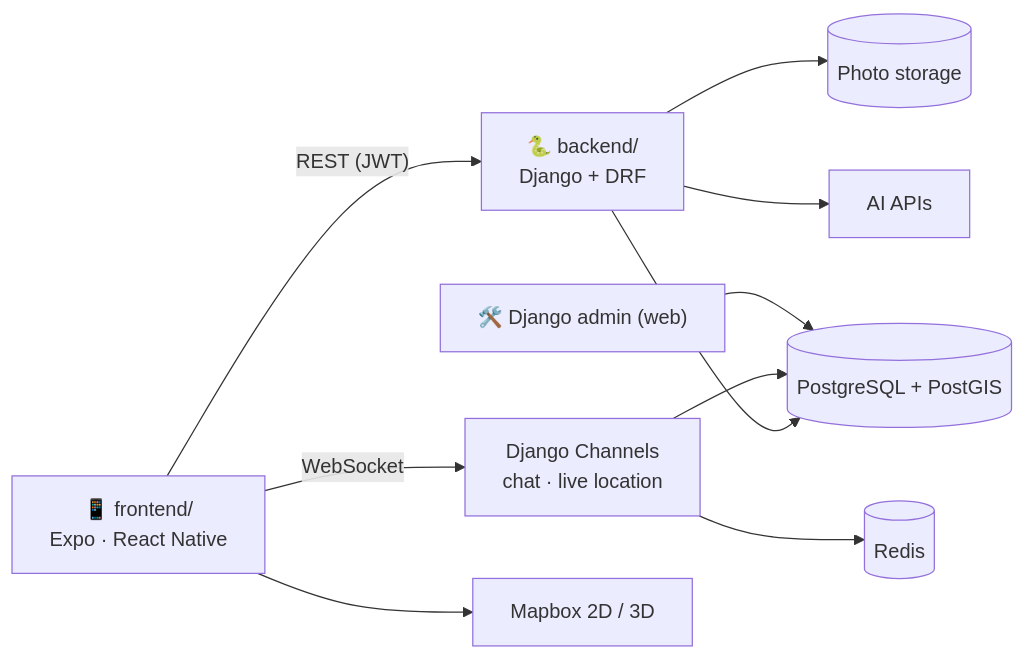
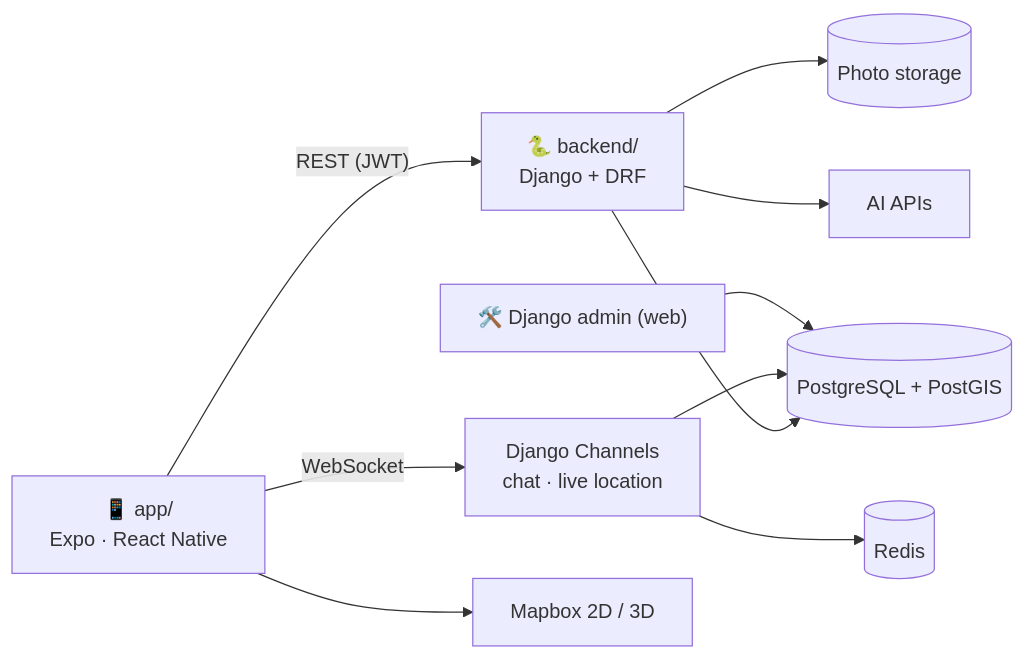
The diagram in docs/PLAN.md (rinorze/menaxhimi-projekteve-commitcrew), drawn with Mermaid before and after one commit. The commit also changed other lines of this file and 110 other files, not shown here.

First line of the commit message:
chore: rename frontend to app, React website, cards and docs up to date

````diff
--- a/docs/PLAN.md
+++ b/docs/PLAN.md
@@ -132,12 +132,12 @@
 ```mermaid
 flowchart LR
-  App["📱 frontend/<br/>Expo · React Native"] -- REST (JWT) --> API["🐍 backend/<br/>Django + DRF"]
+  App["📱 app/<br/>Expo · React Native"] -- REST (JWT) --> API["🐍 backend/<br/>Django + DRF"]
   App -- WebSocket --> WS["Django Channels<br/>chat · live location"]
   API --> DB[("PostgreSQL + PostGIS")]
   WS --> R[(Redis)]
   WS --> DB
   API --> S[(Photo storage)]
   API --> AI["AI APIs"]
   Admin["🛠️ Django admin (web)"] --> DB
   App --> MB["Mapbox 2D / 3D"]
 ```
````
